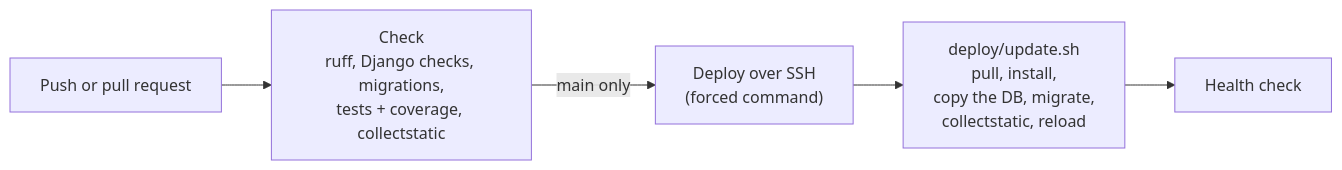
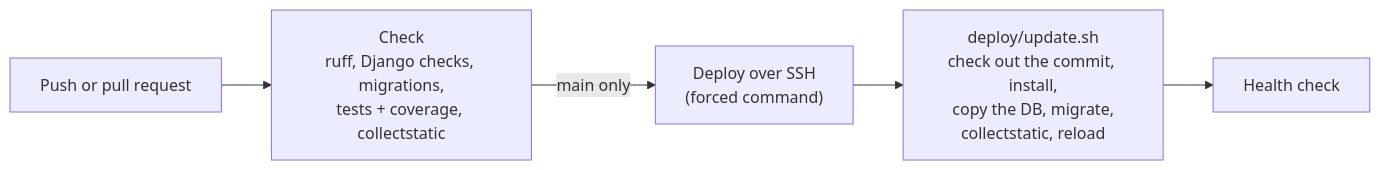
Before and after one commit to NestorBracho/blogweb: the second of 2 diagrams in README.md, drawn with Mermaid. The commit also changed other lines of this file and 4 other files, not shown here.

First line of the commit message:
ops: deploy the commit each run checked, not the latest on main

````diff
--- a/README.md
+++ b/README.md
@@ -78,7 +78,7 @@
 ```mermaid
 flowchart LR
     push["Push or pull request"] --> check["Check<br/>ruff, Django checks, migrations,<br/>tests + coverage, collectstatic"]
     check -->|"main only"| deploy["Deploy over SSH<br/>(forced command)"]
-    deploy --> update["deploy/update.sh<br/>pull, install,<br/>copy the DB, migrate,<br/>collectstatic, reload"]
+    deploy --> update["deploy/update.sh<br/>check out the commit, install,<br/>copy the DB, migrate,<br/>collectstatic, reload"]
     update --> health["Health check"]
 ```
````
